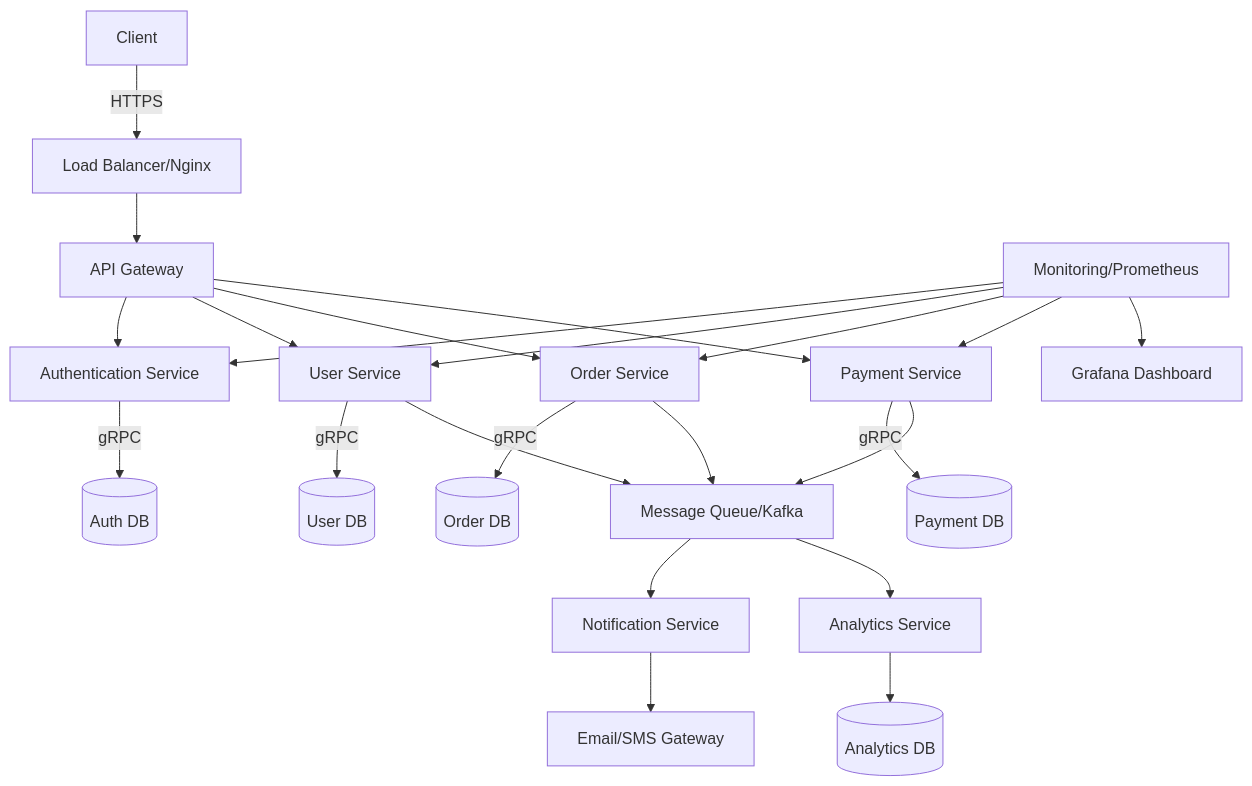
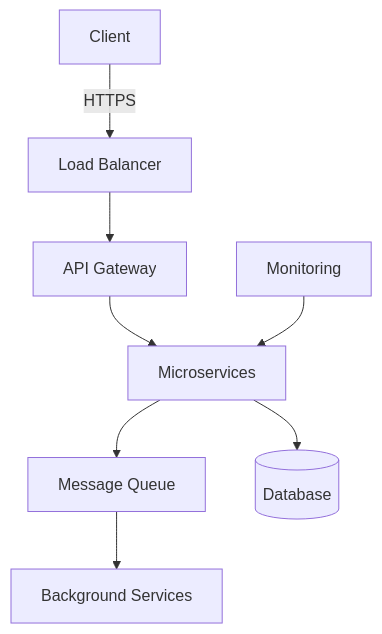
Before and after one commit to thdev01/thdev01: the diagram in README.md, drawn with Mermaid. The commit also changed other lines of this file, not shown here.

````diff
--- a/README.md
+++ b/README.md
@@ -107,30 +46,10 @@
 ```mermaid
 graph TB
-    A[Client] -->|HTTPS| B[Load Balancer/Nginx]
+    A[Client] -->|HTTPS| B[Load Balancer]
     B --> C[API Gateway]
-    C --> D[Authentication Service]
-    C --> E[User Service]
-    C --> F[Order Service]
-    C --> G[Payment Service]
-    
-    D -->|gRPC| H[(Auth DB)]
-    E -->|gRPC| I[(User DB)]
-    F -->|gRPC| J[(Order DB)]
-    G -->|gRPC| K[(Payment DB)]
-    
-    E --> L[Message Queue/Kafka]
-    F --> L
-    G --> L
-    
-    L --> M[Notification Service]
-    L --> N[Analytics Service]
-    
-    M --> O[Email/SMS Gateway]
-    N --> P[(Analytics DB)]
-    
-    Q[Monitoring/Prometheus] --> D
-    Q --> E
-    Q --> F
-    Q --> G
-    Q --> R[Grafana Dashboard]
+    C --> D[Microservices]
+    D --> E[Message Queue]
+    D --> F[(Database)]
+    E --> G[Background Services]
+    H[Monitoring] --> D
 ```
````
